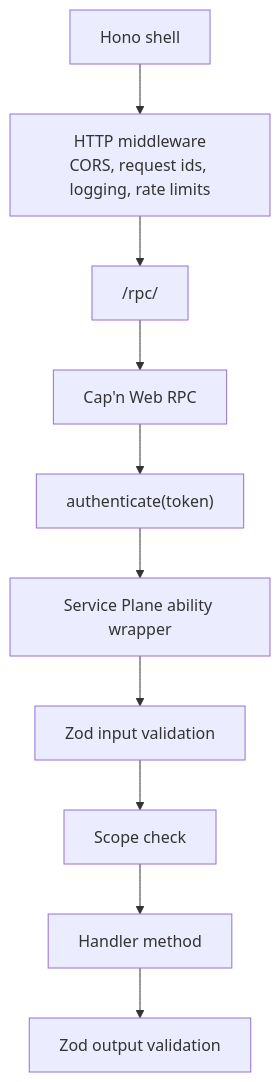
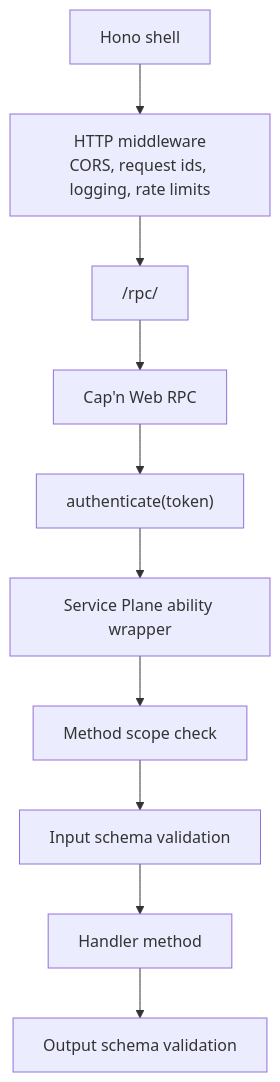
One commit to JUVOJustin/service-plane changed the second of 3 diagrams in .apm/skills/service-plane/references/architecture.md. Above: the diagram before and after it, drawn with Mermaid. The commit also changed other lines of this file and 25 other files, not shown here.

````diff
--- a/.apm/skills/service-plane/references/architecture.md
+++ b/.apm/skills/service-plane/references/architecture.md
@@ -55,12 +57,12 @@
 ```mermaid
 flowchart TD
   Hono["Hono shell"] --> Middleware["HTTP middleware<br/>CORS, request ids, logging, rate limits"]
   Middleware --> Endpoint["/rpc/<abilityId>"]
   Endpoint --> CapnWeb["Cap'n Web RPC"]
   CapnWeb --> Auth["authenticate(token)"]
   Auth --> Wrapper["Service Plane ability wrapper"]
-  Wrapper --> ZodIn["Zod input validation"]
-  ZodIn --> Scopes["Scope check"]
-  Scopes --> Handler["Handler method"]
-  Handler --> ZodOut["Zod output validation"]
+  Wrapper --> Scopes["Method scope check"]
+  Scopes --> SchemaIn["Input schema validation"]
+  SchemaIn --> Handler["Handler method"]
+  Handler --> SchemaOut["Output schema validation"]
 ```
````
